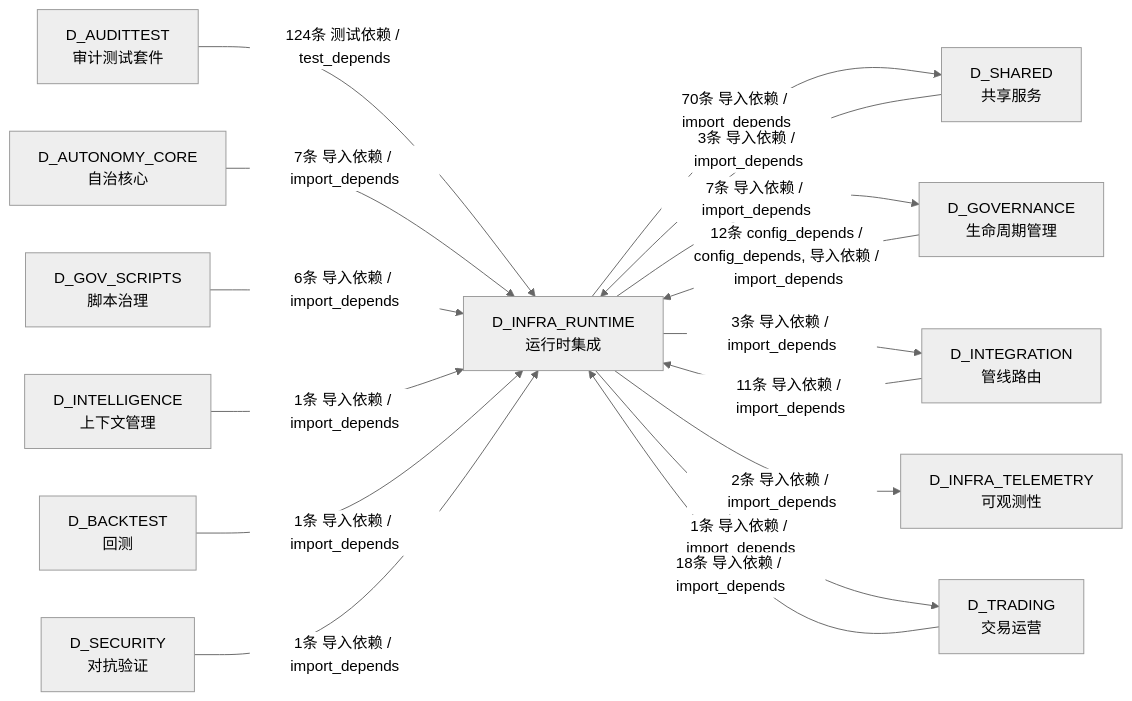
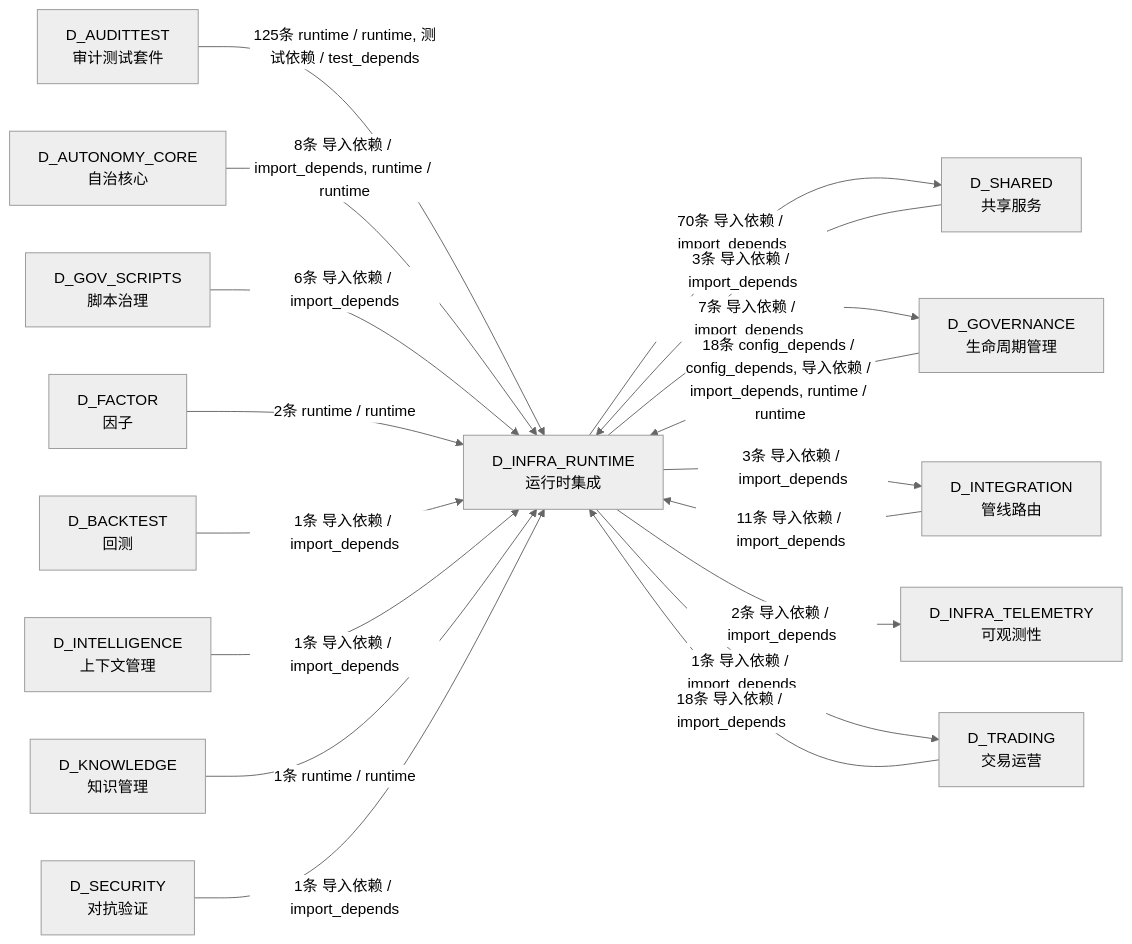
Before and after one commit to xuanFelixVan/ZephyrAlpha: the ninth of 9 diagrams in docs/02_enterprise_architecture/02_domain_architecture_docs/04_d_infra_runtime.md, drawn with Mermaid (neutral theme). The commit also changed other lines of this file and 100 other files, not shown here.

````diff
--- a/docs/02_enterprise_architecture/02_domain_architecture_docs/04_d_infra_runtime.md
+++ b/docs/02_enterprise_architecture/02_domain_architecture_docs/04_d_infra_runtime.md
@@ -1276,30 +1310,34 @@
 ```mermaid
 graph LR
     D_INFRA_RUNTIME["D_INFRA_RUNTIME<br/>运行时集成"]
     D_SHARED["D_SHARED<br/>共享服务"]
     D_GOVERNANCE["D_GOVERNANCE<br/>生命周期管理"]
     D_INTEGRATION["D_INTEGRATION<br/>管线路由"]
     D_INFRA_TELEMETRY["D_INFRA_TELEMETRY<br/>可观测性"]
     D_TRADING["D_TRADING<br/>交易运营"]
     D_AUDITTEST["D_AUDITTEST<br/>审计测试套件"]
     D_AUTONOMY_CORE["D_AUTONOMY_CORE<br/>自治核心"]
     D_GOV_SCRIPTS["D_GOV_SCRIPTS<br/>脚本治理"]
+    D_FACTOR["D_FACTOR<br/>因子"]
+    D_BACKTEST["D_BACKTEST<br/>回测"]
     D_INTELLIGENCE["D_INTELLIGENCE<br/>上下文管理"]
-    D_BACKTEST["D_BACKTEST<br/>回测"]
+    D_KNOWLEDGE["D_KNOWLEDGE<br/>知识管理"]
     D_SECURITY["D_SECURITY<br/>对抗验证"]
     D_INFRA_RUNTIME -->|70条 导入依赖 / import_depends| D_SHARED
     D_INFRA_RUNTIME -->|7条 导入依赖 / import_depends| D_GOVERNANCE
     D_INFRA_RUNTIME -->|3条 导入依赖 / import_depends| D_INTEGRATION
     D_INFRA_RUNTIME -->|2条 导入依赖 / import_depends| D_INFRA_TELEMETRY
     D_INFRA_RUNTIME -->|1条 导入依赖 / import_depends| D_TRADING
-    D_AUDITTEST -->|124条 测试依赖 / test_depends| D_INFRA_RUNTIME
+    D_AUDITTEST -->|125条 runtime / runtime, 测试依赖 / test_depends| D_INFRA_RUNTIME
     D_TRADING -->|18条 导入依赖 / import_depends| D_INFRA_RUNTIME
-    D_GOVERNANCE -->|12条 config_depends / config_depends, 导入依赖 / import_depends| D_INFRA_RUNTIME
+    D_GOVERNANCE -->|18条 config_depends / config_depends, 导入依赖 / import_depends, runtime / runtime| D_INFRA_RUNTIME
     D_INTEGRATION -->|11条 导入依赖 / import_depends| D_INFRA_RUNTIME
-    D_AUTONOMY_CORE -->|7条 导入依赖 / import_depends| D_INFRA_RUNTIME
+    D_AUTONOMY_CORE -->|8条 导入依赖 / import_depends, runtime / runtime| D_INFRA_RUNTIME
     D_GOV_SCRIPTS -->|6条 导入依赖 / import_depends| D_INFRA_RUNTIME
     D_SHARED -->|3条 导入依赖 / import_depends| D_INFRA_RUNTIME
+    D_FACTOR -->|2条 runtime / runtime| D_INFRA_RUNTIME
+    D_BACKTEST -->|1条 导入依赖 / import_depends| D_INFRA_RUNTIME
     D_INTELLIGENCE -->|1条 导入依赖 / import_depends| D_INFRA_RUNTIME
-    D_BACKTEST -->|1条 导入依赖 / import_depends| D_INFRA_RUNTIME
+    D_KNOWLEDGE -->|1条 runtime / runtime| D_INFRA_RUNTIME
     D_SECURITY -->|1条 导入依赖 / import_depends| D_INFRA_RUNTIME
 ```
````
